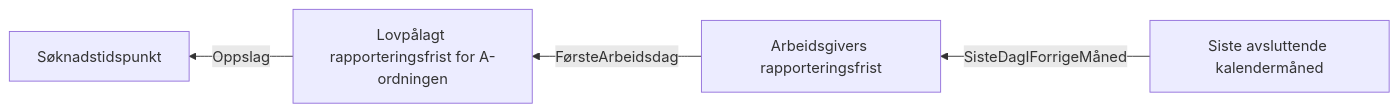
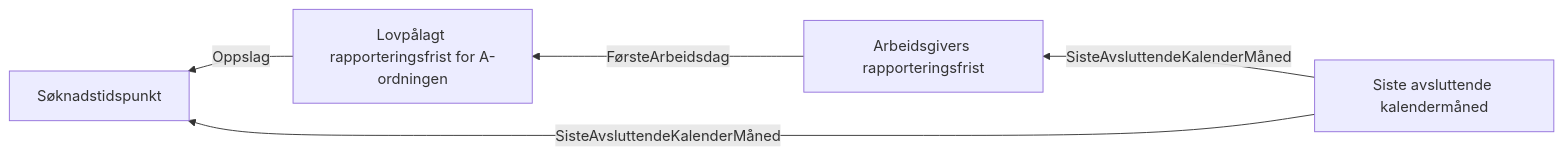
The diagram in docs/regler/Dagpengeforskriften § 3A-2. Siste avsluttede kalendermåned.approved.md (navikt/dp-vedtak), drawn with Mermaid before and after one commit. The commit also changed other lines of this file and 6 other files, not shown here.

Commit message:
Siste avsluttende kalender måned er basert på om søknadstidspunktet er før eller etter rapporteringsplikten.

````diff
--- a/docs/regler/Dagpengeforskriften § 3A-2. Siste avsluttede kalendermåned.approved.md
+++ b/docs/regler/Dagpengeforskriften § 3A-2. Siste avsluttede kalendermåned.approved.md
@@ -5,6 +5,7 @@
 ```mermaid
 graph RL
   A["Lovpålagt rapporteringsfrist for A-ordningen"] -->|"Oppslag"| B["Søknadstidspunkt"]
   C["Arbeidsgivers rapporteringsfrist"] -->|"FørsteArbeidsdag"| A["Lovpålagt rapporteringsfrist for A-ordningen"]
-  D["Siste avsluttende kalendermåned"] -->|"SisteDagIForrigeMåned"| C["Arbeidsgivers rapporteringsfrist"]
+  D["Siste avsluttende kalendermåned"] -->|"SisteAvsluttendeKalenderMåned"| B["Søknadstidspunkt"]
+  D["Siste avsluttende kalendermåned"] -->|"SisteAvsluttendeKalenderMåned"| C["Arbeidsgivers rapporteringsfrist"]
 ```
````
